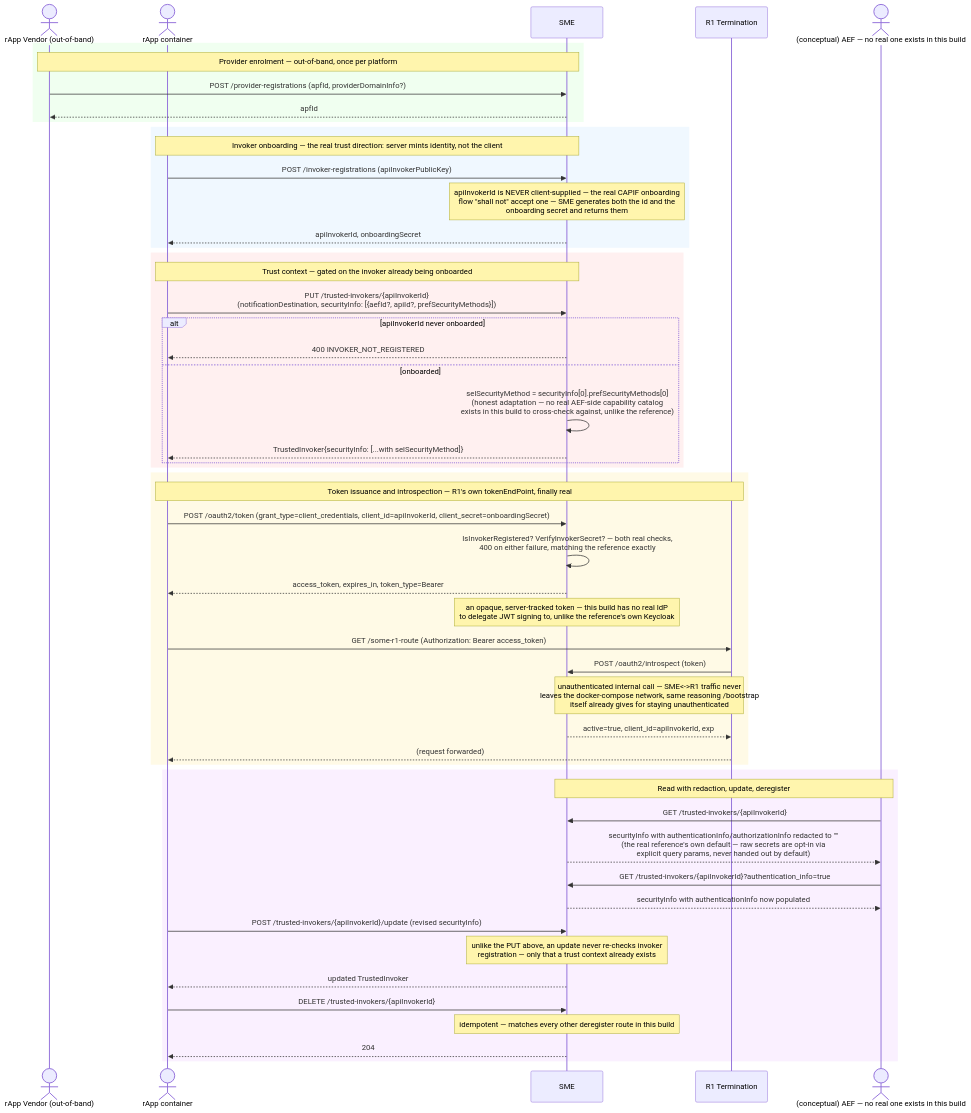
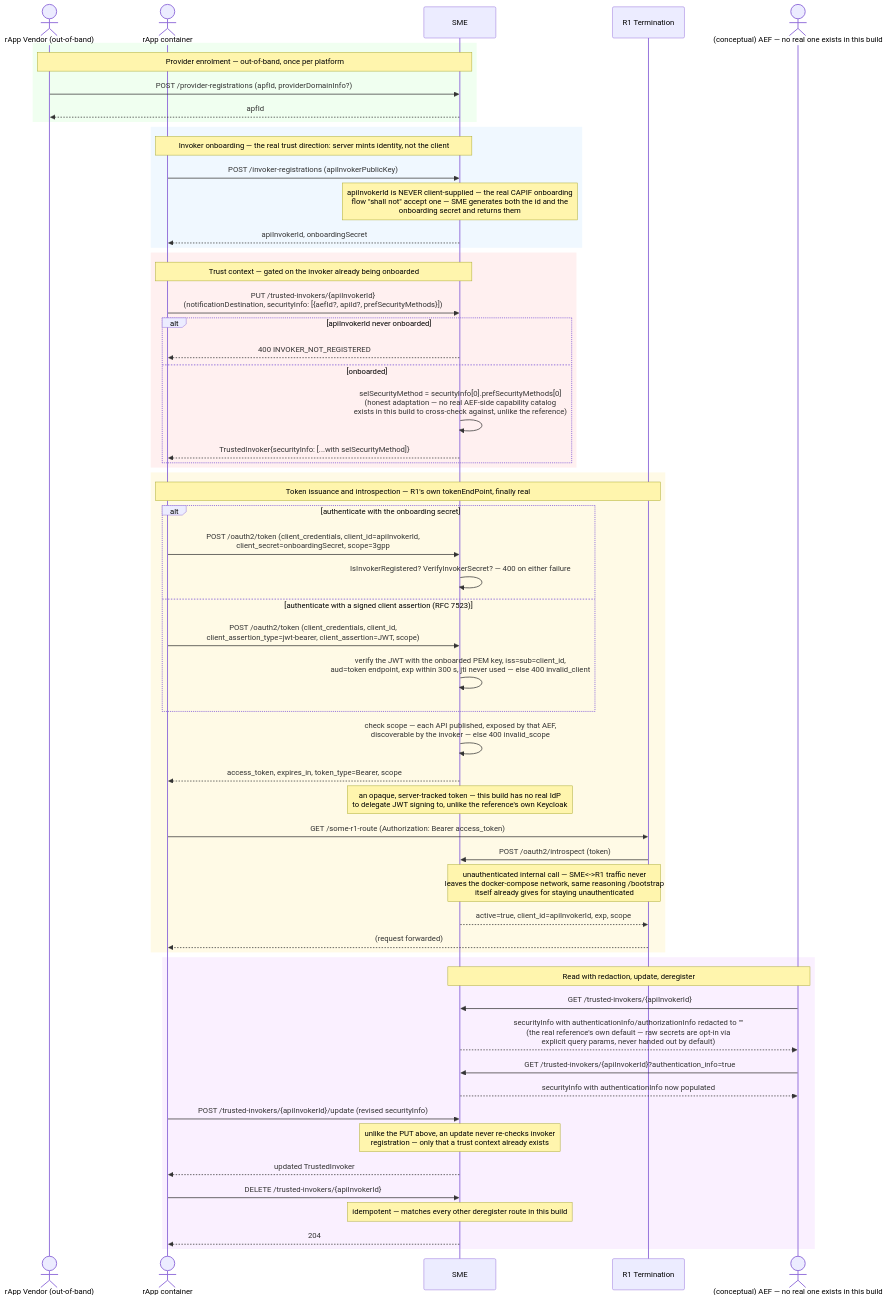
The diagram in smo/docs/call-flows/18-sme-trusted-invokers-lifecycle.md (rsys-bshankar/ai-ran-ref), drawn with Mermaid before and after one commit. The commit also changed other lines of this file and 23 other files, not shown here.

````diff
--- a/smo/docs/call-flows/18-sme-trusted-invokers-lifecycle.md
+++ b/smo/docs/call-flows/18-sme-trusted-invokers-lifecycle.md
@@ -11,62 +12,68 @@
 ```mermaid
 sequenceDiagram
     actor Vendor as rApp Vendor (out-of-band)
     actor Container as rApp container
     participant SME as SME
     participant R1 as R1 Termination
     actor AEF as (conceptual) AEF — no real one exists in this build
 
     rect rgb(240, 255, 240)
     Note over Vendor,SME: Provider enrolment — out-of-band, once per platform
     Vendor->>SME: POST /provider-registrations (apfId, providerDomainInfo?)
     SME-->>Vendor: apfId
     end
 
     rect rgb(240, 248, 255)
     Note over Container,SME: Invoker onboarding — the real trust direction: server mints identity, not the client
     Container->>SME: POST /invoker-registrations (apiInvokerPublicKey)
     Note over SME: apiInvokerId is NEVER client-supplied — the real CAPIF onboarding<br/>flow "shall not" accept one — SME generates both the id and the<br/>onboarding secret and returns them
     SME-->>Container: apiInvokerId, onboardingSecret
     end
 
     rect rgb(255, 240, 240)
     Note over Container,SME: Trust context — gated on the invoker already being onboarded
     Container->>SME: PUT /trusted-invokers/{apiInvokerId}<br/>(notificationDestination, securityInfo: [{aefId?, apiId?, prefSecurityMethods}])
     alt apiInvokerId never onboarded
         SME-->>Container: 400 INVOKER_NOT_REGISTERED
     else onboarded
         SME->>SME: selSecurityMethod = securityInfo[0].prefSecurityMethods[0]<br/>(honest adaptation — no real AEF-side capability catalog<br/>exists in this build to cross-check against, unlike the reference)
         SME-->>Container: TrustedInvoker{securityInfo: [...with selSecurityMethod]}
     end
     end
 
     rect rgb(255, 250, 230)
     Note over Container,R1: Token issuance and introspection — R1's own tokenEndPoint, finally real
-    Container->>SME: POST /oauth2/token (grant_type=client_credentials, client_id=apiInvokerId, client_secret=onboardingSecret)
-    SME->>SME: IsInvokerRegistered? VerifyInvokerSecret? — both real checks,<br/>400 on either failure, matching the reference exactly
-    SME-->>Container: access_token, expires_in, token_type=Bearer
+    alt authenticate with the onboarding secret
+        Container->>SME: POST /oauth2/token (client_credentials, client_id=apiInvokerId,<br/>client_secret=onboardingSecret, scope=3gpp#aef-1:kpi-api)
+        SME->>SME: IsInvokerRegistered? VerifyInvokerSecret? — 400 on either failure
+    else authenticate with a signed client assertion (RFC 7523)
+        Container->>SME: POST /oauth2/token (client_credentials, client_id,<br/>client_assertion_type=jwt-bearer, client_assertion=JWT, scope)
+        SME->>SME: verify the JWT with the onboarded PEM key, iss=sub=client_id,<br/>aud=token endpoint, exp within 300 s, jti never used — else 400 invalid_client
+    end
+    SME->>SME: check scope — each API published, exposed by that AEF,<br/>discoverable by the invoker — else 400 invalid_scope
+    SME-->>Container: access_token, expires_in, token_type=Bearer, scope
     Note over SME: an opaque, server-tracked token — this build has no real IdP<br/>to delegate JWT signing to, unlike the reference's own Keycloak
 
     Container->>R1: GET /some-r1-route (Authorization: Bearer access_token)
     R1->>SME: POST /oauth2/introspect (token)
     Note over R1,SME: unauthenticated internal call — SME<->R1 traffic never<br/>leaves the docker-compose network, same reasoning /bootstrap<br/>itself already gives for staying unauthenticated
-    SME-->>R1: active=true, client_id=apiInvokerId, exp
+    SME-->>R1: active=true, client_id=apiInvokerId, exp, scope
     R1-->>Container: (request forwarded)
     end
 
     rect rgb(250, 240, 255)
     Note over AEF,SME: Read with redaction, update, deregister
     AEF->>SME: GET /trusted-invokers/{apiInvokerId}
     SME-->>AEF: securityInfo with authenticationInfo/authorizationInfo redacted to ""<br/>(the real reference's own default — raw secrets are opt-in via<br/>explicit query params, never handed out by default)
     AEF->>SME: GET /trusted-invokers/{apiInvokerId}?authentication_info=true
     SME-->>AEF: securityInfo with authenticationInfo now populated
 
     Container->>SME: POST /trusted-invokers/{apiInvokerId}/update (revised securityInfo)
     Note over SME: unlike the PUT above, an update never re-checks invoker<br/>registration — only that a trust context already exists
     SME-->>Container: updated TrustedInvoker
 
     Container->>SME: DELETE /trusted-invokers/{apiInvokerId}
     Note over SME: idempotent — matches every other deregister route in this build
     SME-->>Container: 204
     end
 ```
````
